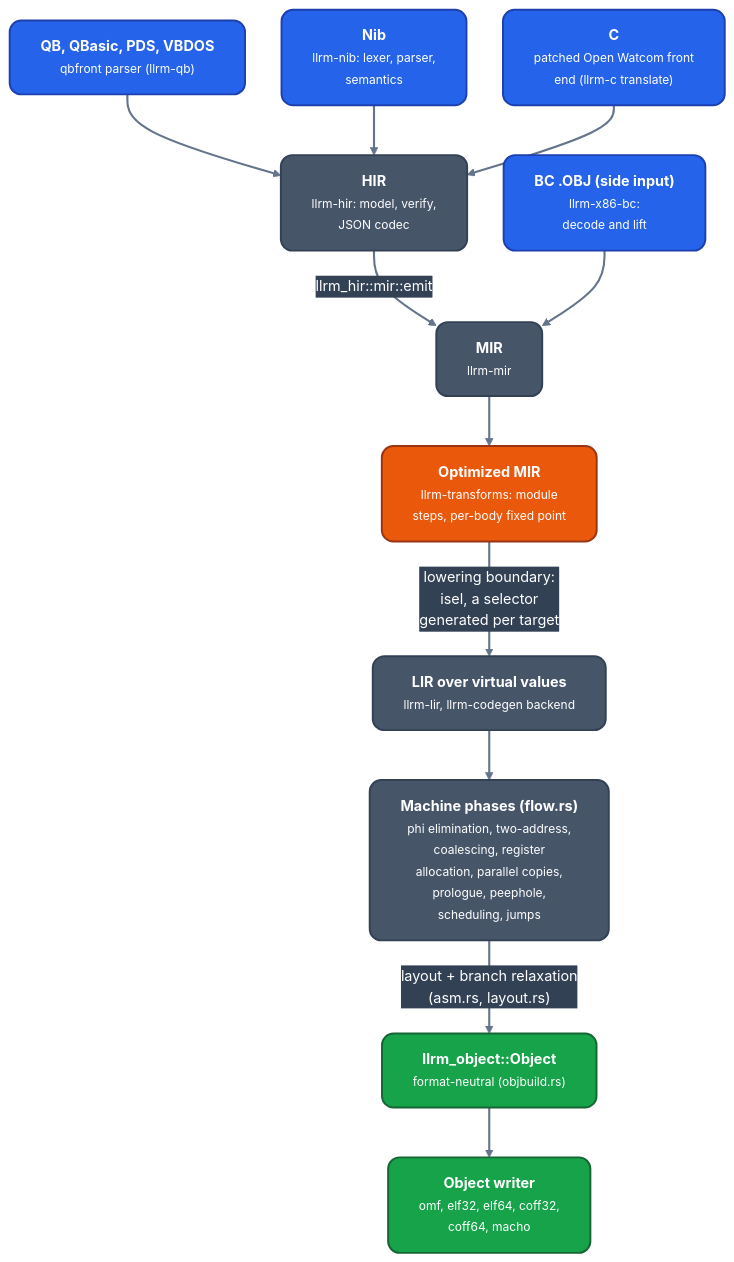
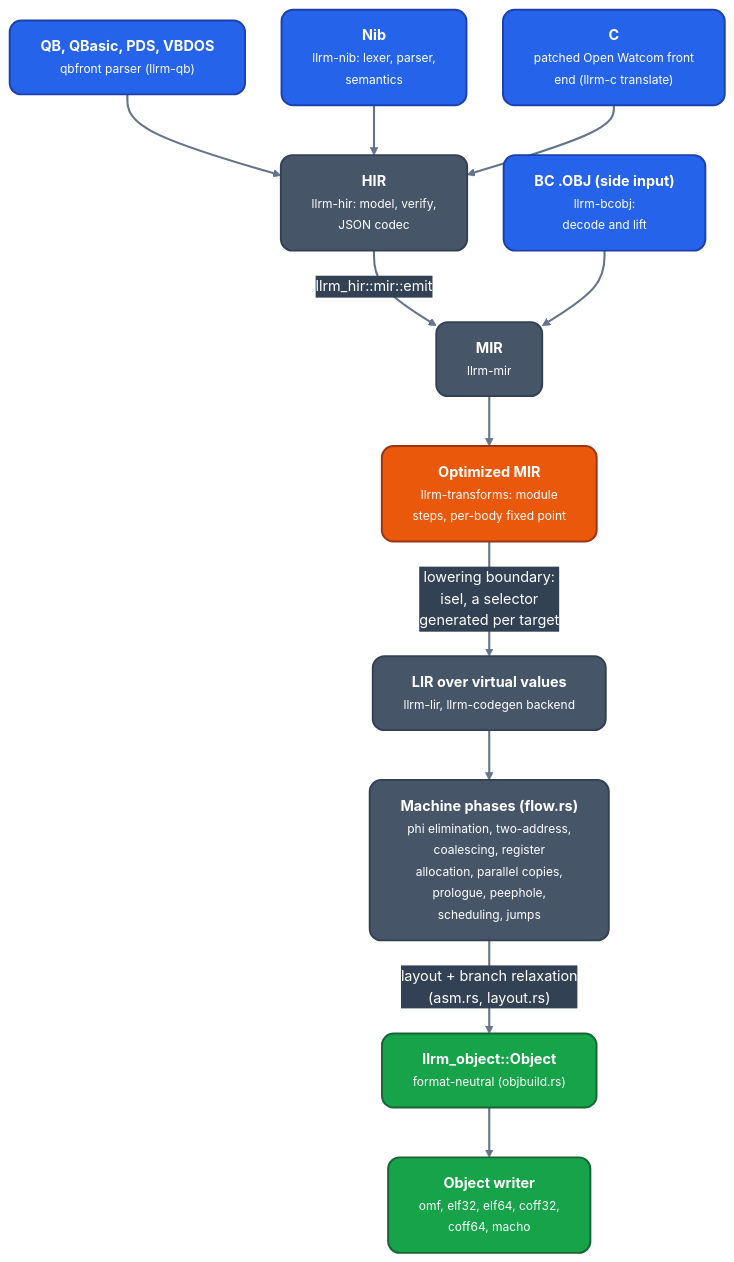
The first of 6 diagrams in docs/architecture/readme.md (ali-mosavian/llrm), drawn with Mermaid before and after one commit. The commit also changed other lines of this file and 75 other files, not shown here.

````diff
--- a/docs/architecture/readme.md
+++ b/docs/architecture/readme.md
@@ -21,30 +21,30 @@
 ```mermaid
 %%{init: {'theme':'base','themeVariables':{'fontFamily':'Segoe UI, Helvetica Neue, Arial, DejaVu Sans, sans-serif','fontSize':'15px','primaryColor':'#475569','primaryTextColor':'#ffffff','primaryBorderColor':'#334155','lineColor':'#64748b','secondaryColor':'#475569','tertiaryColor':'transparent','clusterBkg':'transparent','clusterBorder':'#64748b','edgeLabelBackground':'#334155','textColor':'#64748b','titleColor':'#64748b'},'flowchart':{'curve':'basis','nodeSpacing':38,'rankSpacing':52,'padding':16,'wrappingWidth':360,'htmlLabels':true,'useMaxWidth':true}}}%%
 flowchart TB
   classDef src fill:#2563eb,stroke:#1e40af,stroke-width:2px,color:#ffffff,rx:12px,ry:12px
   classDef mid fill:#475569,stroke:#334155,stroke-width:2px,color:#ffffff,rx:12px,ry:12px
   classDef opt fill:#ea580c,stroke:#9a3412,stroke-width:2px,color:#ffffff,rx:12px,ry:12px
   classDef out fill:#16a34a,stroke:#166534,stroke-width:2px,color:#ffffff,rx:12px,ry:12px
   linkStyle default stroke:#64748b,stroke-width:2.2px
   qb["<b>QB, QBasic, PDS, VBDOS</b><br/><small>qbfront parser (llrm-qb)</small>"]:::src
   nib["<b>Nib</b><br/><small>llrm-nib: lexer, parser,<br/>semantics</small>"]:::src
   c["<b>C</b><br/><small>patched Open Watcom front<br/>end (llrm-c translate)</small>"]:::src
-  bc["<b>BC .OBJ (side input)</b><br/><small>llrm-x86-bc:<br/>decode and lift</small>"]:::src
+  bc["<b>BC .OBJ (side input)</b><br/><small>llrm-bcobj:<br/>decode and lift</small>"]:::src
   hir["<b>HIR</b><br/><small>llrm-hir: model, verify,<br/>JSON codec</small>"]:::mid
   mir["<b>MIR</b><br/><small>llrm-mir</small>"]:::mid
   opt["<b>Optimized MIR</b><br/><small>llrm-transforms: module<br/>steps, per-body fixed point</small>"]:::opt
   lir["<b>LIR over virtual values</b><br/><small>llrm-lir, llrm-codegen backend</small>"]:::mid
   ph["<b>Machine phases (flow.rs)</b><br/><small>phi elimination, two-address,<br/>coalescing, register<br/>allocation, parallel copies,<br/>prologue, peephole,<br/>scheduling, jumps</small>"]:::mid
   obj["<b>llrm_object::Object</b><br/><small>format-neutral (objbuild.rs)</small>"]:::out
   wr["<b>Object writer</b><br/><small>omf, elf32, elf64, coff32,<br/>coff64, macho</small>"]:::out
   qb --> hir
   nib --> hir
   c --> hir
   hir -->|"llrm_hir::mir::emit"| mir
   bc --> mir
   mir --> opt
   opt -->|"lowering boundary:<br/>isel, a selector<br/>generated per target"| lir
   lir --> ph
   ph -->|"layout + branch relaxation<br/>(asm.rs, layout.rs)"| obj
   obj --> wr
 ```
````
